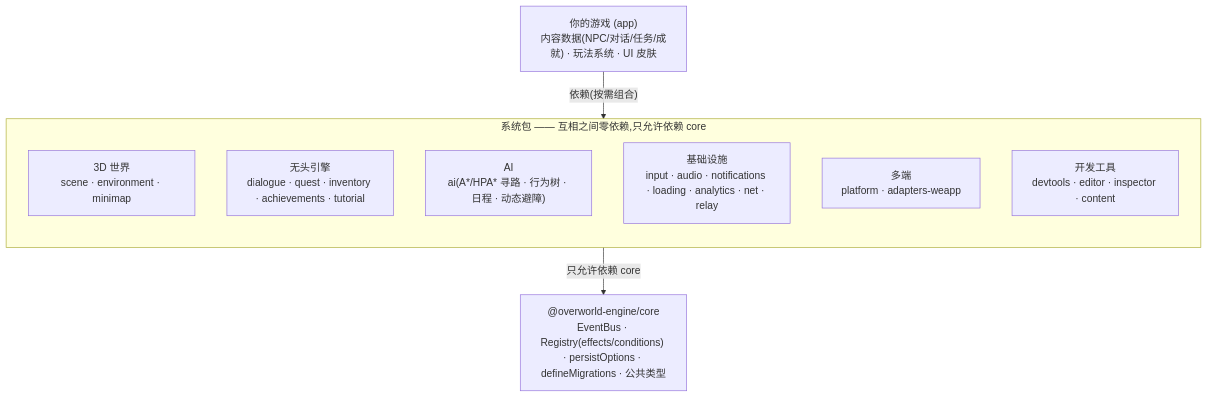
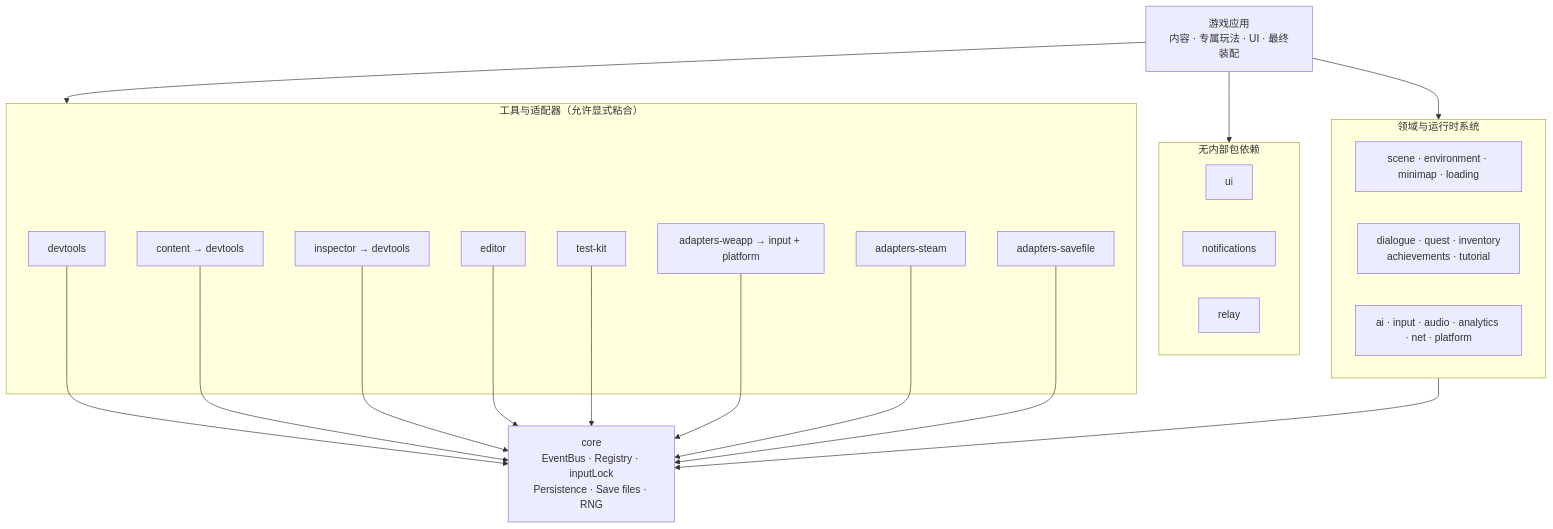
Before and after one commit to luzhenqian/overworld: the first of 3 diagrams in apps/docs/content/docs/architecture.mdx, drawn with Mermaid. The commit also changed other lines of this file and 34 other files, not shown here.

````diff
--- a/apps/docs/content/docs/architecture.mdx
+++ b/apps/docs/content/docs/architecture.mdx
@@ -12,19 +15,42 @@
 ```mermaid
 flowchart TD
-  App["你的游戏 (app)<br/>内容数据(NPC/对话/任务/成就) · 玩法系统 · UI 皮肤"]
+  App["游戏应用<br/>内容 · 专属玩法 · UI · 最终装配"]
 
-  subgraph SYS["系统包 —— 互相之间零依赖,只允许依赖 core"]
-    direction TB
-    World["3D 世界<br/>scene · environment · minimap"]
-    Engines["无头引擎<br/>dialogue · quest · inventory · achievements · tutorial"]
-    AI["AI<br/>ai(A*/HPA* 寻路 · 行为树 · 日程 · 动态避障)"]
-    Infra["基础设施<br/>input · audio · notifications · loading · analytics · net · relay"]
-    Platform["多端<br/>platform · adapters-weapp"]
-    Tools["开发工具<br/>devtools · editor · inspector · content"]
+  subgraph Domain["领域与运行时系统"]
+    World["scene · environment · minimap · loading"]
+    Gameplay["dialogue · quest · inventory<br/>achievements · tutorial"]
+    Infra["ai · input · audio · analytics · net · platform"]
   end
 
-  Core["@overworld-engine/core<br/>EventBus · Registry(effects/conditions) · persistOptions · defineMigrations · 公共类型"]
+  subgraph Independent["无内部包依赖"]
+    UI["ui"]
+    Notify["notifications"]
+    Relay["relay"]
+  end
 
-  App -->|"依赖(按需组合)"| SYS
-  SYS -->|"只允许依赖 core"| Core
+  subgraph Tooling["工具与适配器（允许显式粘合）"]
+    Devtools["devtools"]
+    Content["content → devtools"]
+    Inspector["inspector → devtools"]
+    Editor["editor"]
+    TestKit["test-kit"]
+    Weapp["adapters-weapp → input + platform"]
+    Steam["adapters-steam"]
+    Savefile["adapters-savefile"]
+  end
+
+  Core["core<br/>EventBus · Registry · inputLock<br/>Persistence · Save files · RNG"]
+
+  App --> Domain
+  App --> Independent
+  App --> Tooling
+  Domain --> Core
+  Devtools --> Core
+  Content --> Core
+  Inspector --> Core
+  Editor --> Core
+  TestKit --> Core
+  Weapp --> Core
+  Steam --> Core
+  Savefile --> Core
 ```
````
